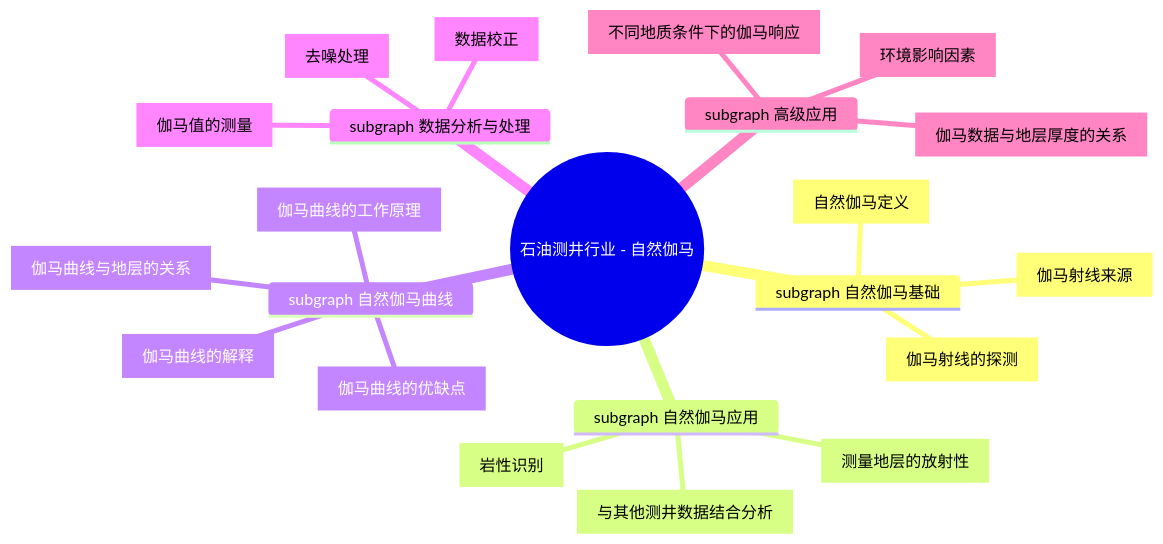
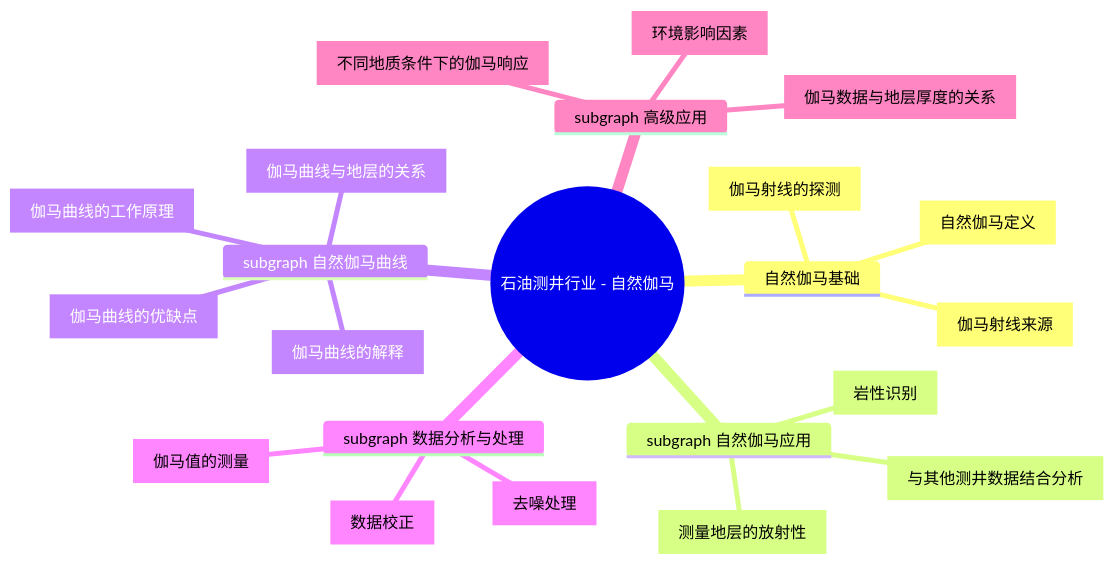
Before and after one commit to RNGMARTIN/iodraw-files: the diagram in all/未命名-1.md, drawn with Mermaid.

Commit message:
2025-02-24 11:04:09 update

````diff
--- a/all/未命名-1.md
+++ b/all/未命名-1.md
@@ -1,26 +1,26 @@
 ```mermaid
 mindmap
   root((石油测井行业 - 自然伽马))
-    subgraph 自然伽马基础
+    自然伽马基础
       A[自然伽马定义]
       B[伽马射线来源]
       C[伽马射线的探测]
     subgraph 自然伽马应用
       D[岩性识别]
       E[测量地层的放射性]
       F[与其他测井数据结合分析]
     subgraph 自然伽马曲线
       G[伽马曲线的工作原理]
       H[伽马曲线的解释]
       I[伽马曲线与地层的关系]
       J[伽马曲线的优缺点]
     subgraph 数据分析与处理
       K[伽马值的测量]
       L[去噪处理]
       M[数据校正]
     subgraph 高级应用
       N[环境影响因素]
       O[不同地质条件下的伽马响应]
       P[伽马数据与地层厚度的关系]
 
 ```
````
